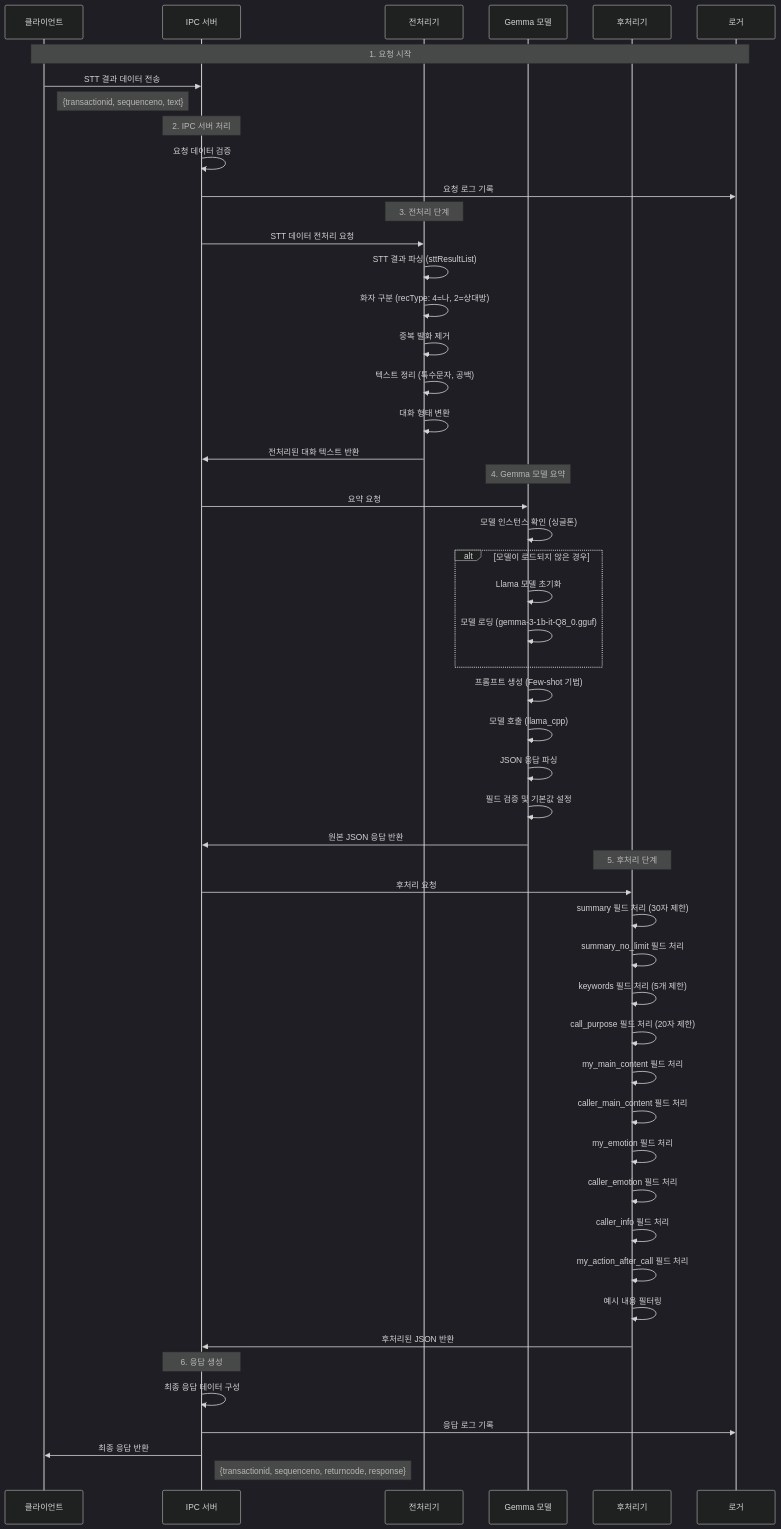
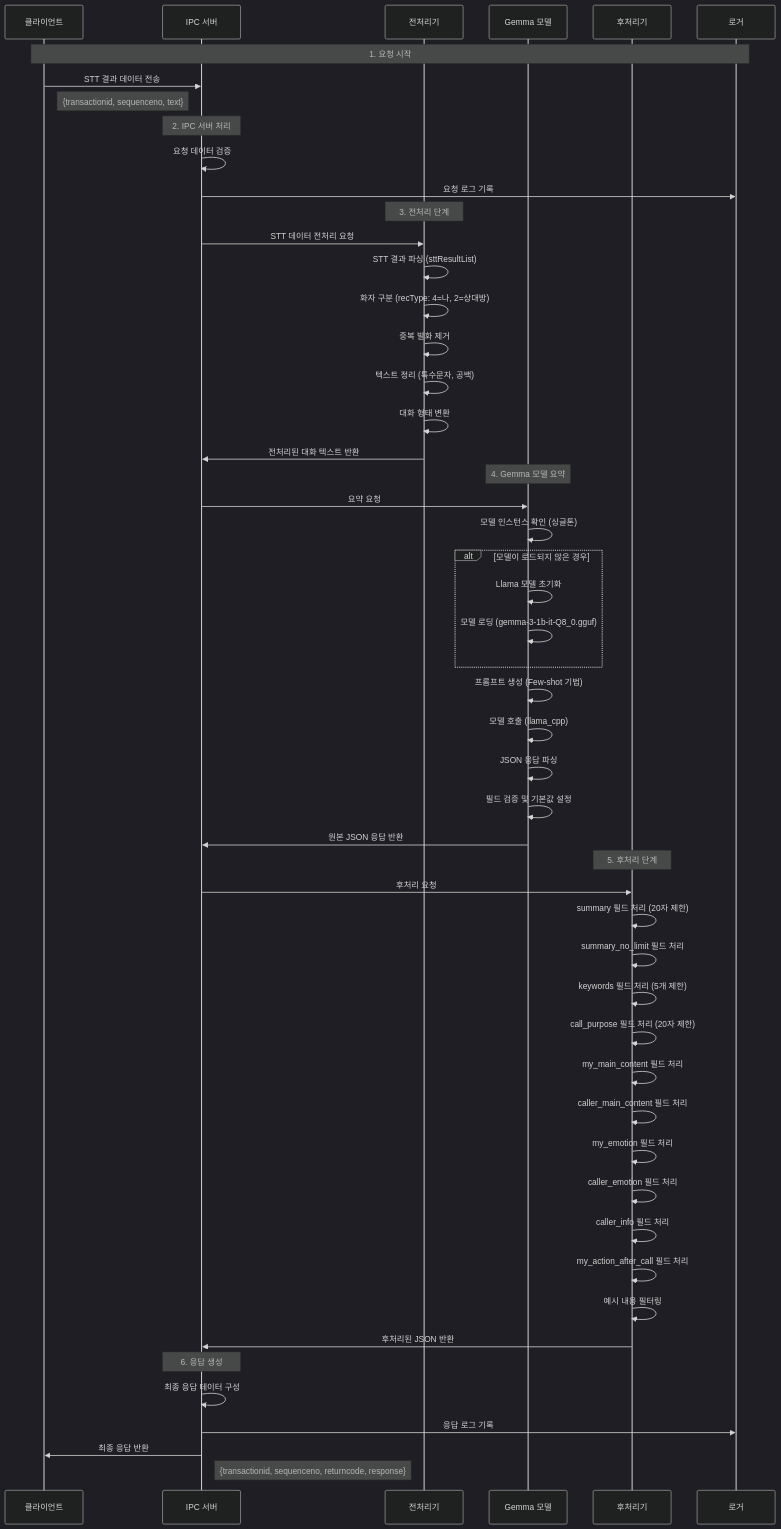
The first of 5 diagrams in sequence_diagram.md (hak023/gemma-summarizer-poc), drawn with Mermaid (dark theme) before and after one commit. The commit also changed other lines of this file and 11 other files, not shown here.

````diff
--- a/sequence_diagram.md
+++ b/sequence_diagram.md
@@ -5,60 +5,60 @@
 ```mermaid
 sequenceDiagram
     participant Client as 클라이언트
     participant IPC as IPC 서버
     participant Preprocessor as 전처리기
     participant Gemma as Gemma 모델
     participant Postprocessor as 후처리기
     participant Logger as 로거
 
     Note over Client,Logger: 1. 요청 시작
     Client->>IPC: STT 결과 데이터 전송
     Note right of Client: {transactionid, sequenceno, text}
     
     Note over IPC: 2. IPC 서버 처리
     IPC->>IPC: 요청 데이터 검증
     IPC->>Logger: 요청 로그 기록
     
     Note over Preprocessor: 3. 전처리 단계
     IPC->>Preprocessor: STT 데이터 전처리 요청
     Preprocessor->>Preprocessor: STT 결과 파싱 (sttResultList)
     Preprocessor->>Preprocessor: 화자 구분 (recType: 4=나, 2=상대방)
     Preprocessor->>Preprocessor: 중복 발화 제거
     Preprocessor->>Preprocessor: 텍스트 정리 (특수문자, 공백)
     Preprocessor->>Preprocessor: 대화 형태 변환
     Preprocessor->>IPC: 전처리된 대화 텍스트 반환
     
     Note over Gemma: 4. Gemma 모델 요약
     IPC->>Gemma: 요약 요청
     Gemma->>Gemma: 모델 인스턴스 확인 (싱글톤)
     alt 모델이 로드되지 않은 경우
         Gemma->>Gemma: Llama 모델 초기화
         Gemma->>Gemma: 모델 로딩 (gemma-3-1b-it-Q8_0.gguf)
     end
     Gemma->>Gemma: 프롬프트 생성 (Few-shot 기법)
     Gemma->>Gemma: 모델 호출 (llama_cpp)
     Gemma->>Gemma: JSON 응답 파싱
     Gemma->>Gemma: 필드 검증 및 기본값 설정
     Gemma->>IPC: 원본 JSON 응답 반환
     
     Note over Postprocessor: 5. 후처리 단계
     IPC->>Postprocessor: 후처리 요청
-    Postprocessor->>Postprocessor: summary 필드 처리 (30자 제한)
+    Postprocessor->>Postprocessor: summary 필드 처리 (20자 제한)
     Postprocessor->>Postprocessor: summary_no_limit 필드 처리
     Postprocessor->>Postprocessor: keywords 필드 처리 (5개 제한)
     Postprocessor->>Postprocessor: call_purpose 필드 처리 (20자 제한)
     Postprocessor->>Postprocessor: my_main_content 필드 처리
     Postprocessor->>Postprocessor: caller_main_content 필드 처리
     Postprocessor->>Postprocessor: my_emotion 필드 처리
     Postprocessor->>Postprocessor: caller_emotion 필드 처리
     Postprocessor->>Postprocessor: caller_info 필드 처리
     Postprocessor->>Postprocessor: my_action_after_call 필드 처리
     Postprocessor->>Postprocessor: 예시 내용 필터링
     Postprocessor->>IPC: 후처리된 JSON 반환
     
     Note over IPC: 6. 응답 생성
     IPC->>IPC: 최종 응답 데이터 구성
     IPC->>Logger: 응답 로그 기록
     IPC->>Client: 최종 응답 반환
     Note right of IPC: {transactionid, sequenceno, returncode, response}
 ```
````
